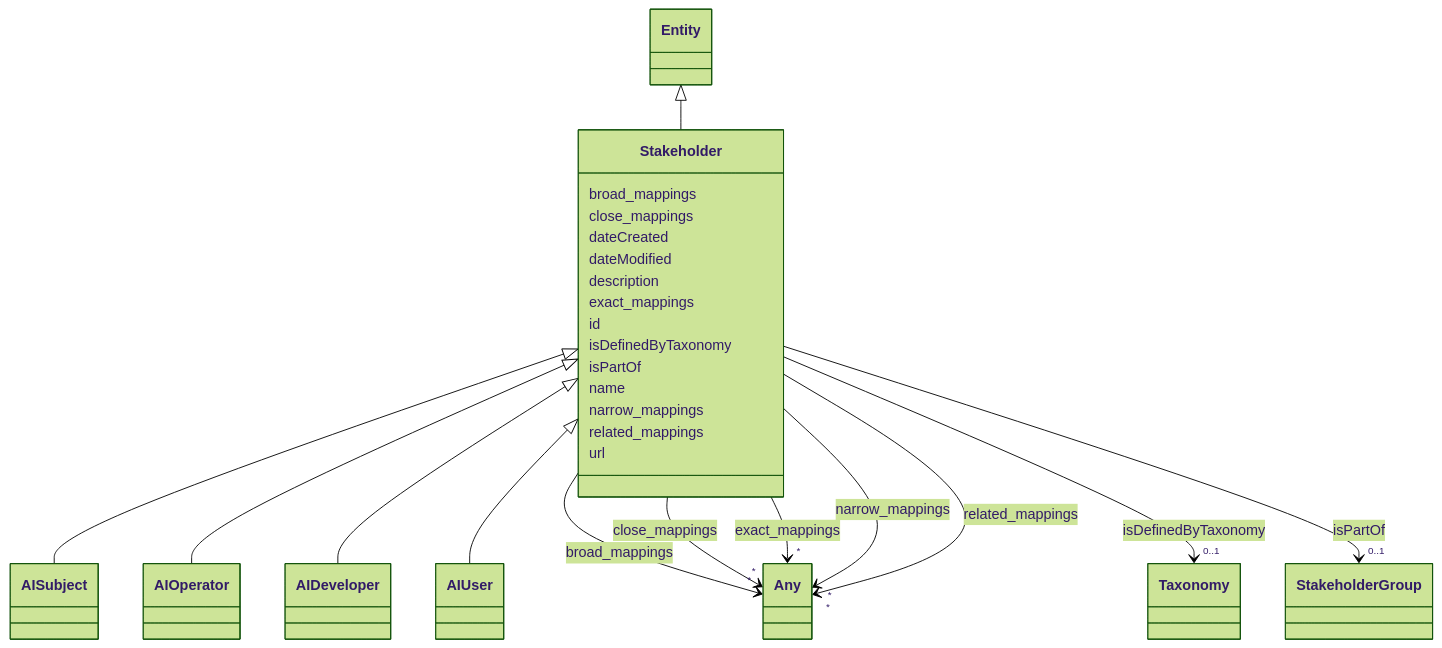
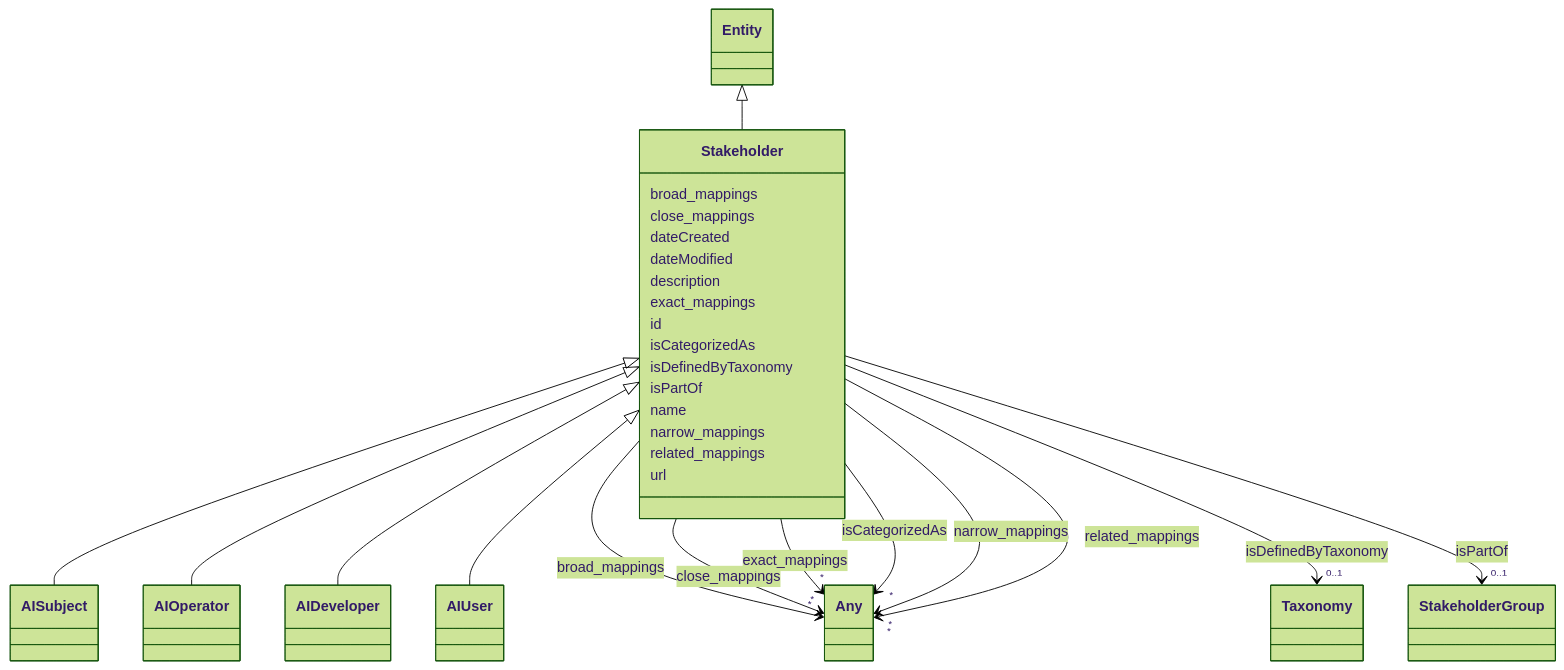
Before and after one commit to dhavalsalwala/ai-atlas-nexus-fork: the diagram in docs/ontology/Stakeholder.md, drawn with Mermaid (forest theme). The commit also changed other lines of this file and 130 other files, not shown here.

```diff
--- a/docs/ontology/Stakeholder.md
+++ b/docs/ontology/Stakeholder.md
@@ -63,6 +63,17 @@
 
       Stakeholder : id
 
+      Stakeholder : isCategorizedAs
+
+
+
+
+
+        Stakeholder --> "*" Any : isCategorizedAs
+        click Any href "../Any/"
+
+
+
       Stakeholder : isDefinedByTaxonomy
 
 
```
